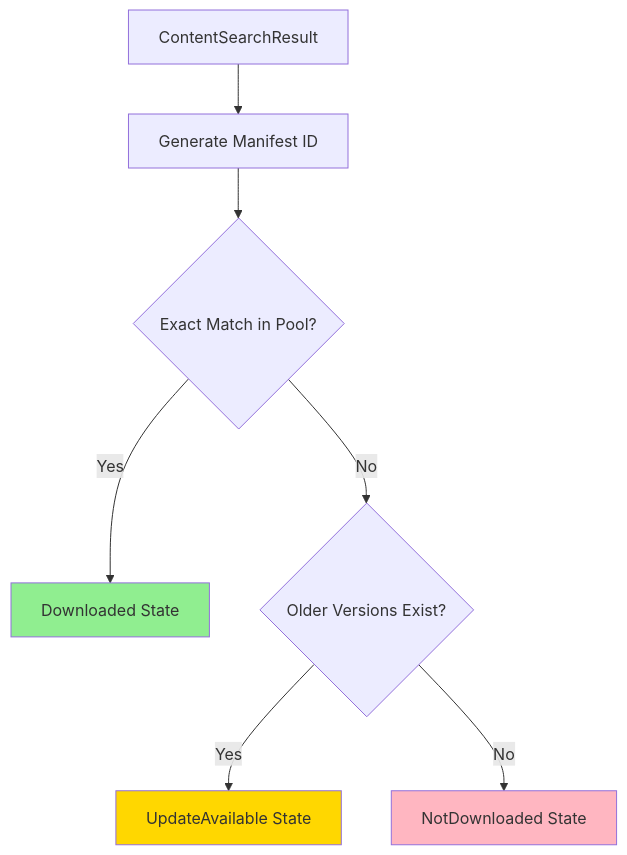
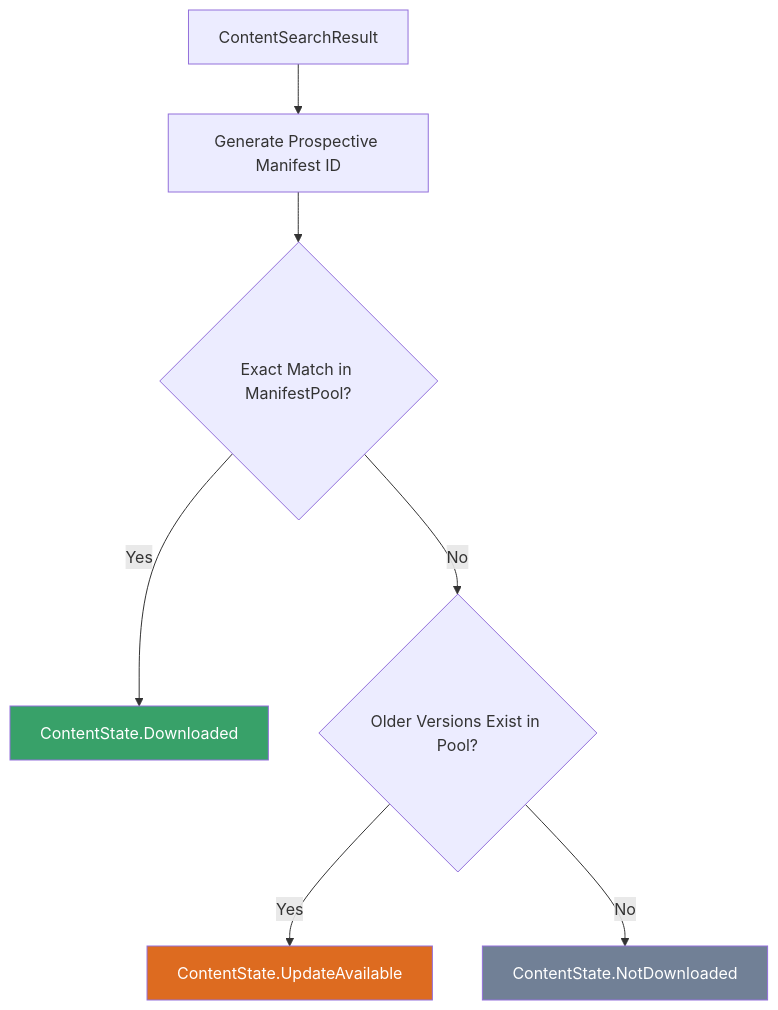
The third of 5 diagrams in docs/features/downloads.md (undead2146/GenHub), drawn with Mermaid before and after one commit. The commit also changed other lines of this file and 215 other files, not shown here.

````diff
--- a/docs/features/downloads.md
+++ b/docs/features/downloads.md
@@ -344,13 +211,13 @@
 ```mermaid
 flowchart TD
-    A[ContentSearchResult] --> B[Generate Manifest ID]
-    B --> C{Exact Match in Pool?}
-    C -->|Yes| D[Downloaded State]
-    C -->|No| E{Older Versions Exist?}
-    E -->|Yes| F[UpdateAvailable State]
-    E -->|No| G[NotDownloaded State]
+    A["ContentSearchResult"] --> B["Generate Prospective Manifest ID"]
+    B --> C{"Exact Match in ManifestPool?"}
+    C -->|Yes| D["ContentState.Downloaded"]
+    C -->|No| E{"Older Versions Exist in Pool?"}
+    E -->|Yes| F["ContentState.UpdateAvailable"]
+    E -->|No| G["ContentState.NotDownloaded"]
 
-    style D fill:#90EE90
-    style F fill:#FFD700
-    style G fill:#FFB6C1
+    style D fill:#38a169,color:#ffffff
+    style F fill:#dd6b20,color:#ffffff
+    style G fill:#718096,color:#ffffff
 ```
````
